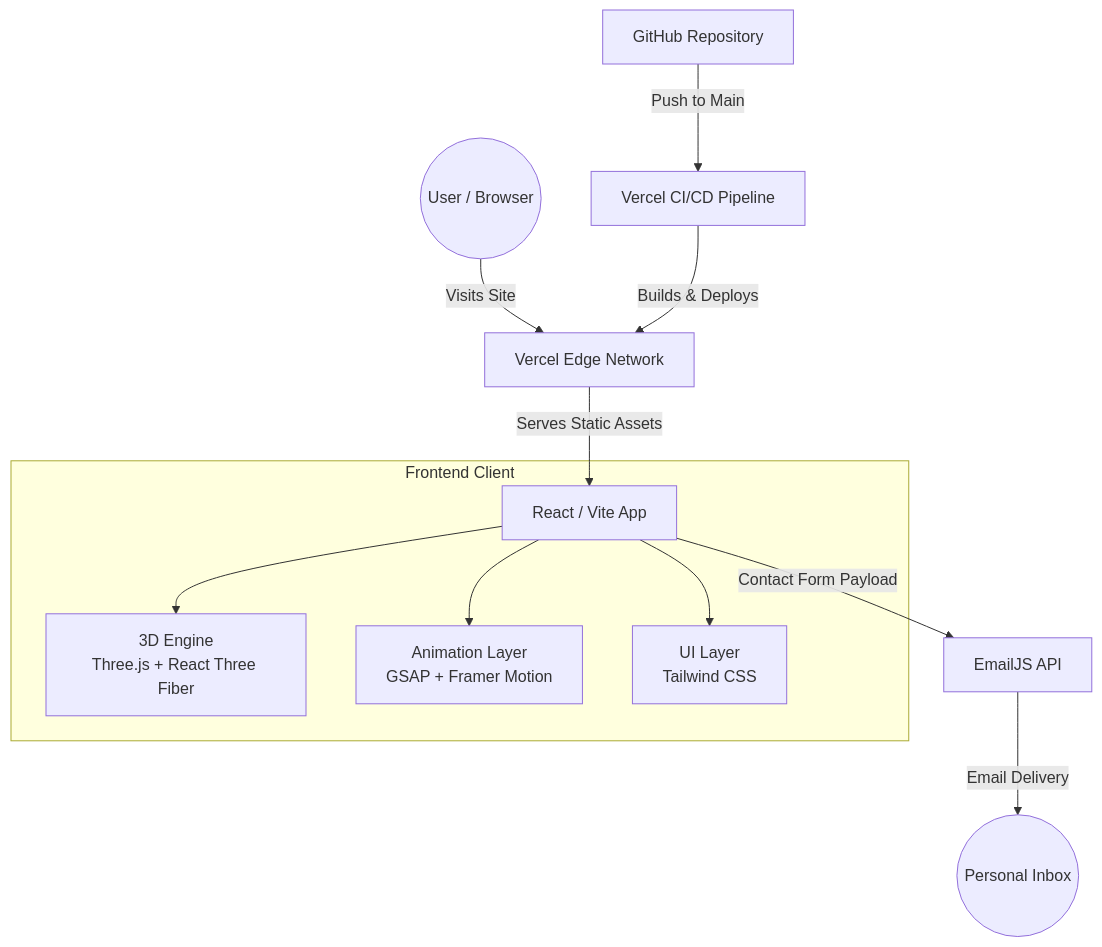
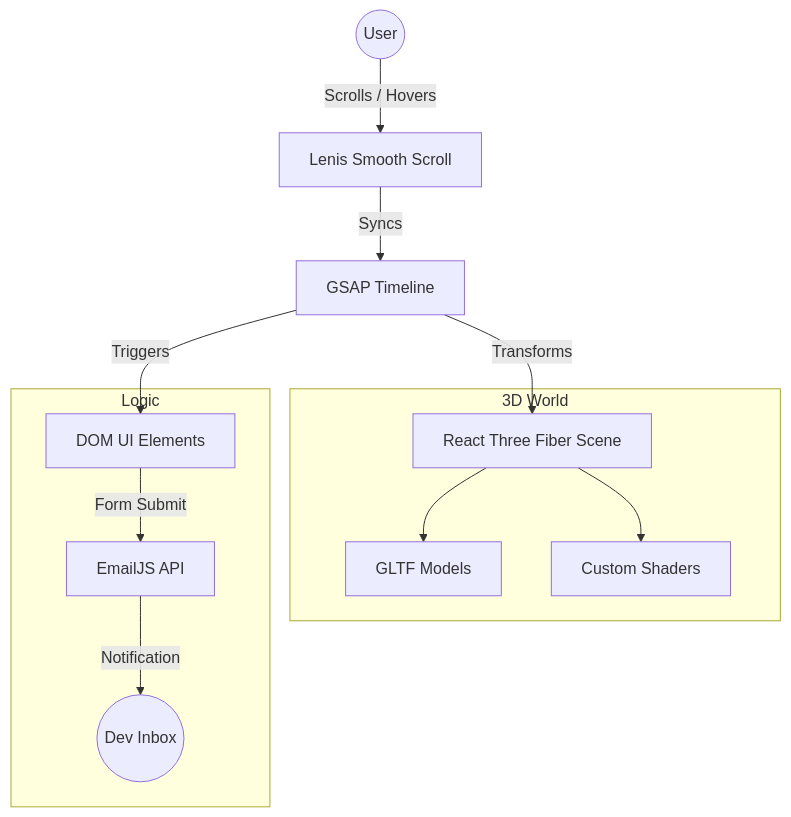
One commit to salonyranjan/VertexFlow changed the second of 7 diagrams in README.md. Above: the diagram before and after it, drawn with Mermaid. The commit also changed other lines of this file, not shown here.

````diff
--- a/README.md
+++ b/README.md
@@ -47,21 +65,17 @@
 ```mermaid
 graph TD
-    %% User Interaction
-    User((User / Browser)) -->|Visits Site| Vercel[Vercel Edge Network]
-    Vercel -->|Serves Static Assets| App[React / Vite App]
-
-    %% Frontend Core
-    subgraph Frontend Client
-        App --> 3D[3D Engine<br/>Three.js + React Three Fiber]
-        App --> Motion[Animation Layer<br/>GSAP + Framer Motion]
-        App --> Styling[UI Layer<br/>Tailwind CSS]
+    User((User)) -->|Scrolls / Hovers| Lenis[Lenis Smooth Scroll]
+    Lenis -->|Syncs| GSAP[GSAP Timeline]
+    GSAP -->|Transforms| R3F[React Three Fiber Scene]
+    GSAP -->|Triggers| UI[DOM UI Elements]
+    
+    subgraph "3D World"
+    R3F --> Models[GLTF Models]
+    R3F --> Shaders[Custom Shaders]
     end
 
-    %% External Services
-    App -->|Contact Form Payload| EmailJS[EmailJS API]
-    EmailJS -->|Email Delivery| Inbox((Personal Inbox))
-
-    %% CI/CD Pipeline
-    Repo[GitHub Repository] -->|Push to Main| CI_CD[Vercel CI/CD Pipeline]
-    CI_CD -->|Builds & Deploys| Vercel
+    subgraph "Logic"
+    UI -->|Form Submit| EmailJS[EmailJS API]
+    EmailJS -->|Notification| Inbox((Dev Inbox))
+    end
 ```
````
